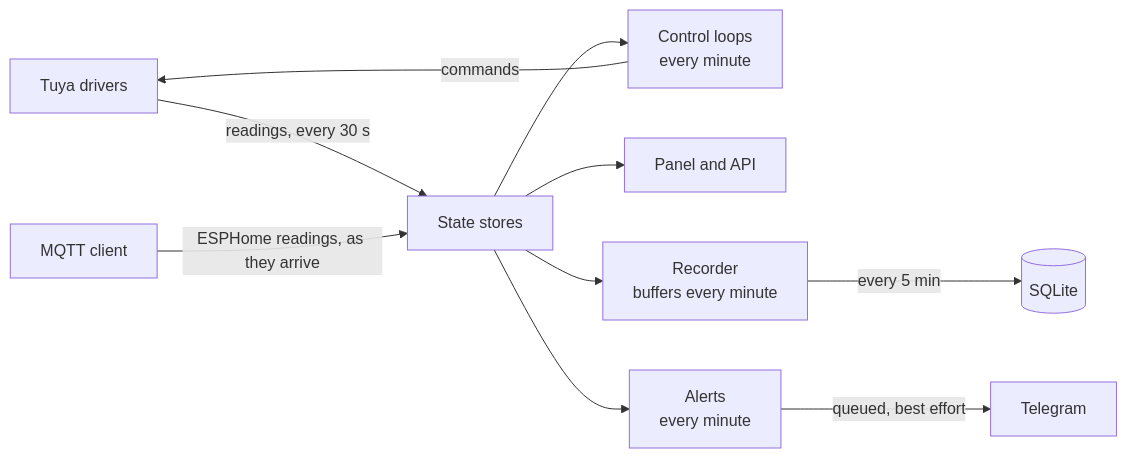
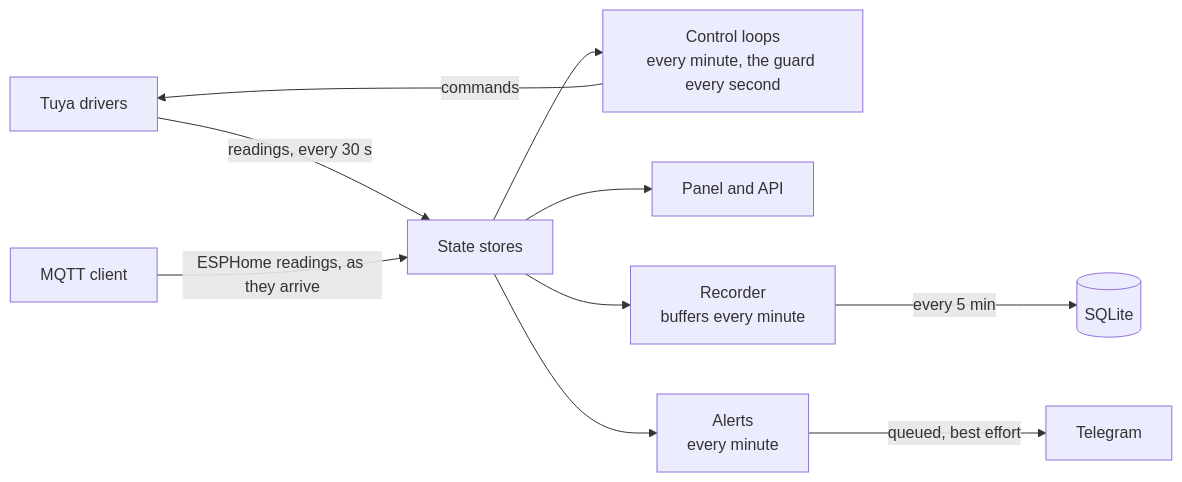
Before and after one commit to Barsoomx/teplo: the first of 2 diagrams in docs/design.md, drawn with Mermaid. The commit also changed other lines of this file and 2 other files, not shown here.

First line of the commit message:
Run the load guard every second

````diff
--- a/docs/design.md
+++ b/docs/design.md
@@ -155,12 +155,12 @@
 ```mermaid
 flowchart LR
     drivers["Tuya drivers"] -->|"readings, every 30 s"| store["State stores"]
     mqtt["MQTT client"] -->|"ESPHome readings, as they arrive"| store
-    store --> loops["Control loops<br/>every minute"]
+    store --> loops["Control loops<br/>every minute, the guard every second"]
     loops -->|commands| drivers
     store --> panel["Panel and API"]
     store --> recorder["Recorder<br/>buffers every minute"]
     recorder -->|"every 5 min"| sqlite[("SQLite")]
     store --> alerts["Alerts<br/>every minute"]
     alerts -->|"queued, best effort"| telegram["Telegram"]
 ```
````
